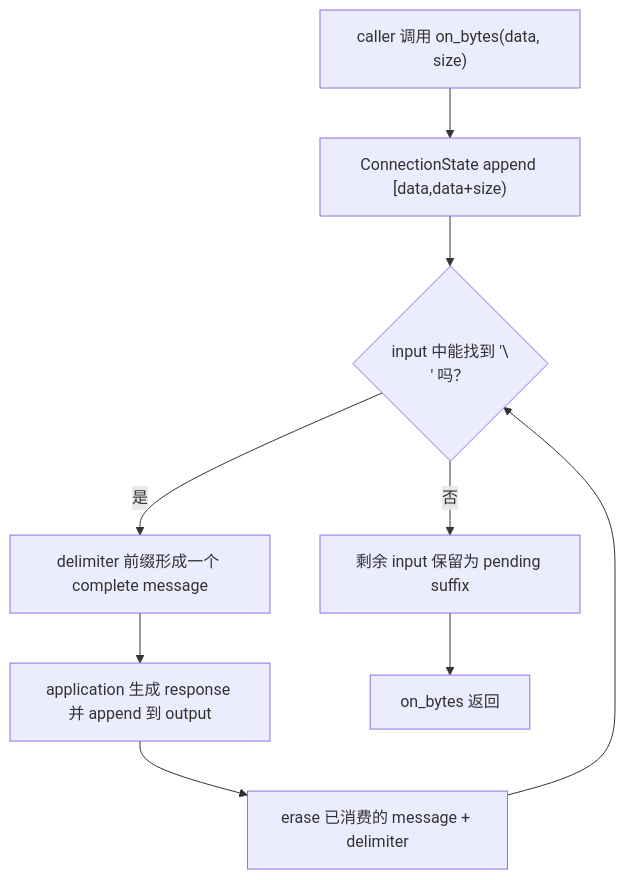
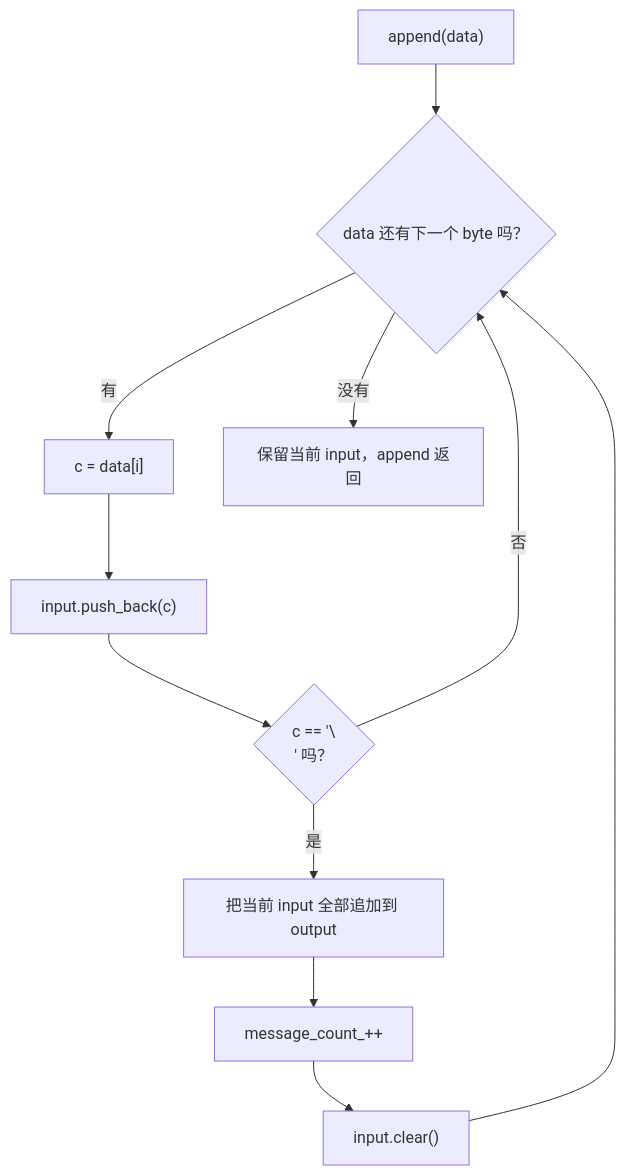
One commit to FxorG00/system-learning-notes changed the second of 3 diagrams in week9/day4/day4.md. Above: the diagram before and after it, drawn with Mermaid. The commit also changed other lines of this file and 3 other files, not shown here.

````diff
--- a/week9/day4/day4.md
+++ b/week9/day4/day4.md
@@ -551,11 +553,13 @@
 ```mermaid
 flowchart TD
-    A["caller 调用 on_bytes(data, size)"] --> B["ConnectionState append [data,data+size)"]
-    B --> C{"input 中能找到 '\\n' 吗？"}
-    C -->|是| D["delimiter 前缀形成一个 complete message"]
-    D --> E["application 生成 response 并 append 到 output"]
-    E --> F["erase 已消费的 message + delimiter"]
-    F --> C
-    C -->|否| G["剩余 input 保留为 pending suffix"]
-    G --> H["on_bytes 返回"]
+    A["append(data)"] --> B{"data 还有下一个 byte 吗？"}
+    B -->|有| C["c = data[i]"]
+    C --> D["input.push_back(c)"]
+    D --> E{"c == '\\n' 吗？"}
+    E -->|否| B
+    E -->|是| F["把当前 input 全部追加到 output"]
+    F --> G["message_count_++"]
+    G --> H["input.clear()"]
+    H --> B
+    B -->|没有| I["保留当前 input，append 返回"]
 ```
````
